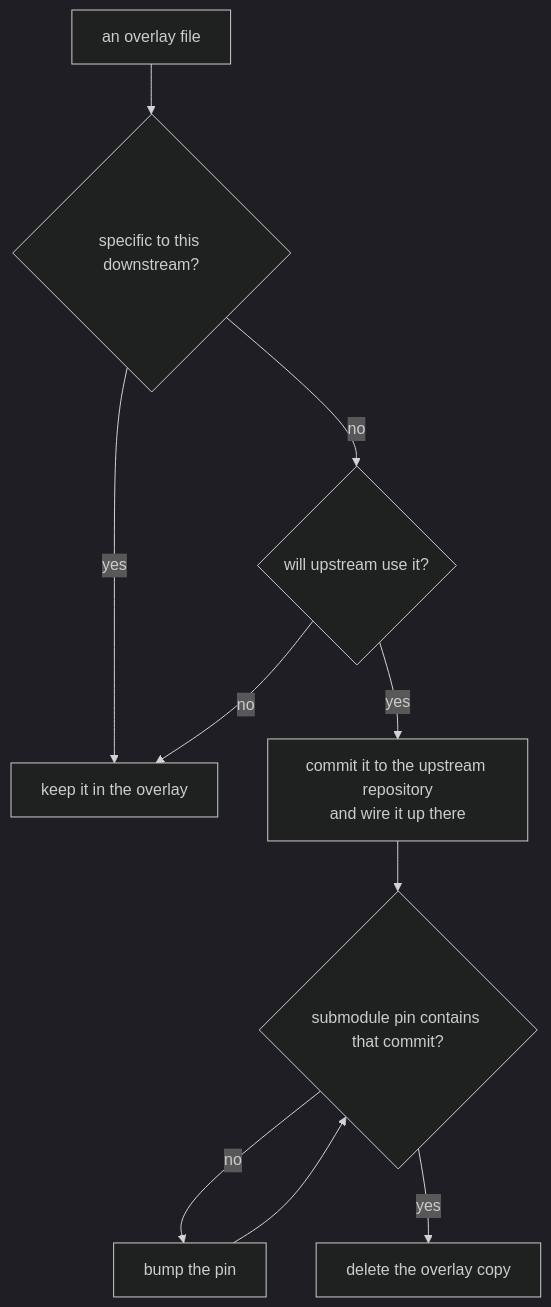
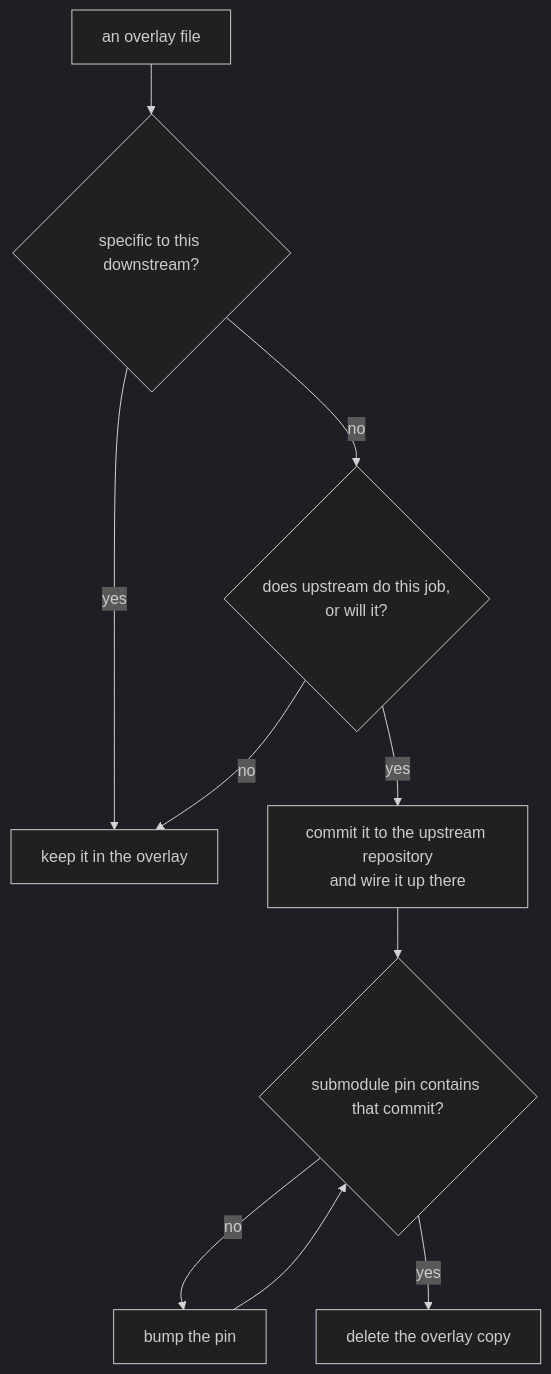
Before and after one commit to Theta-Tech-AI/llm-public-utils: the third of 3 diagrams in .agents/skills/distill/SKILL.md, drawn with Mermaid (dark theme). The commit also changed other lines of this file, not shown here.

First line of the commit message:
distill: judge files by what they do, and look for upstream code doing the same job before leaving it down

````diff
--- a/.agents/skills/distill/SKILL.md
+++ b/.agents/skills/distill/SKILL.md
@@ -75,13 +75,13 @@
 ```mermaid
 flowchart TB
   file["an overlay file"]
   file --> owned{"specific to this downstream?"}
   owned -->|yes| stay["keep it in the overlay"]
-  owned -->|no| used{"will upstream use it?"}
+  owned -->|no| used{"does upstream do this job,<br/>or will it?"}
   used -->|no| stay
   used -->|yes| commit["commit it to the upstream repository<br/>and wire it up there"]
   commit --> pin{"submodule pin contains that commit?"}
   pin -->|no| bump["bump the pin"]
   bump --> pin
   pin -->|yes| delete["delete the overlay copy"]
 ```
````
